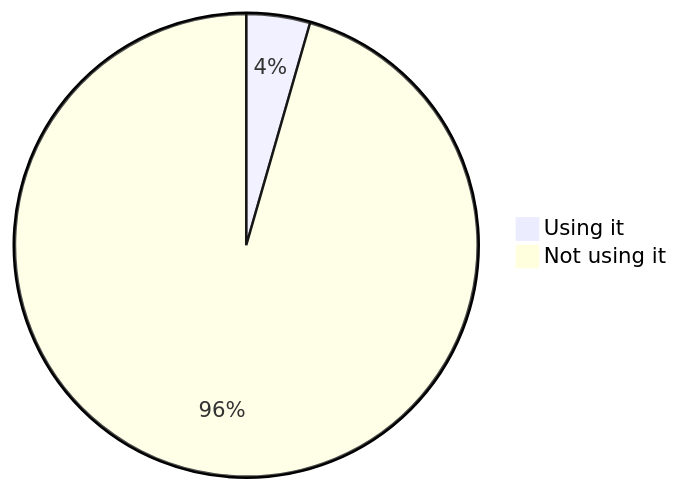
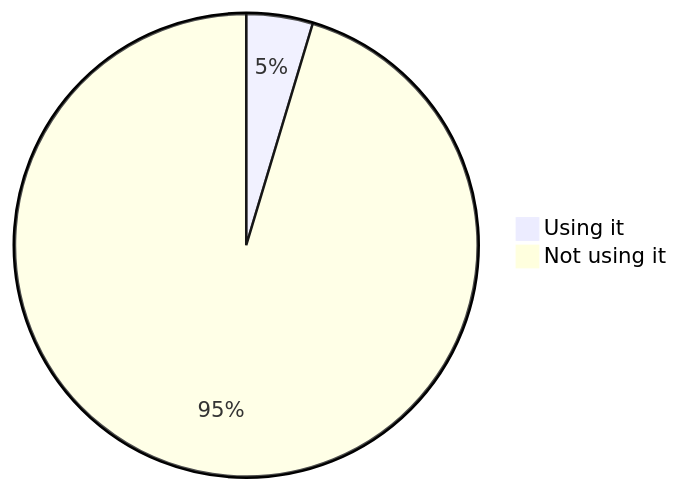
Before and after one commit to oshp/oshp-stats: diagram 11 of 22 in stats.md, drawn with Mermaid. The commit also changed other lines of this file, not shown here.

````diff
--- a/stats.md
+++ b/stats.md
@@ -130,6 +130,6 @@
 ```mermaid
 pie
-	"Using it" : 4.45
-	"Not using it" : 95.55
+	"Using it" : 4.64
+	"Not using it" : 95.36
 
 ```
````
